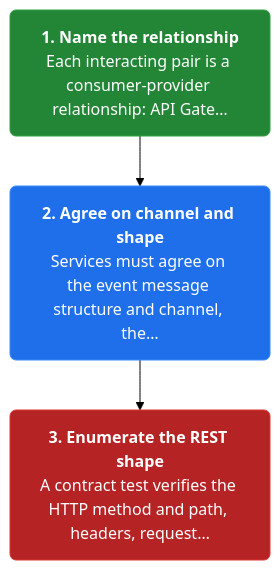
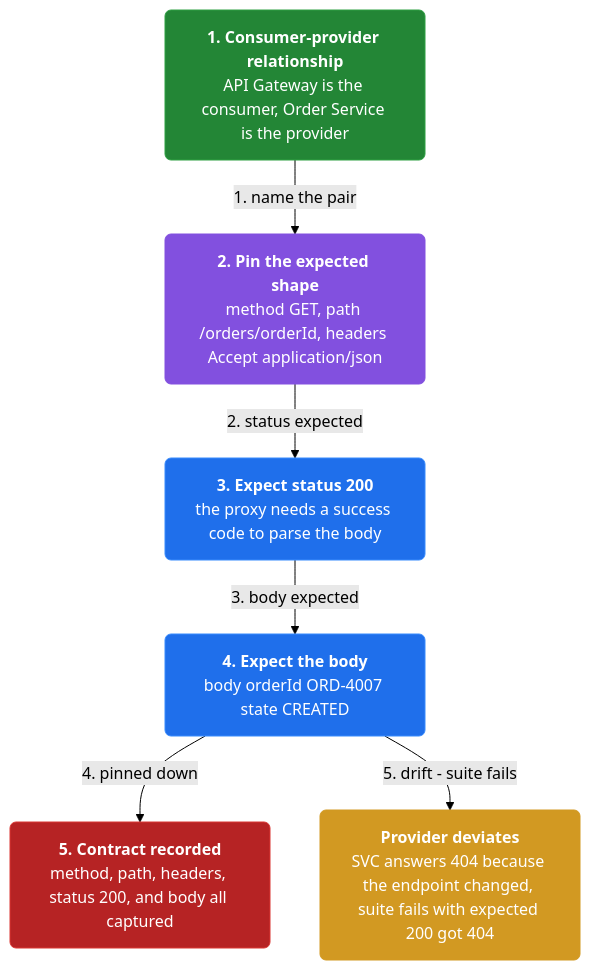
The first of 4 diagrams in docs/ch25-consumer-driven-contract-test.md (vinayakuber/microservices-io-study-guide), drawn with Mermaid (forest theme) before and after one commit. The commit also changed other lines of this file and 46 other files, not shown here.

First line of the commit message:
Author rich branching flow diagrams for all 44 chapters

````diff
--- a/docs/ch25-consumer-driven-contract-test.md
+++ b/docs/ch25-consumer-driven-contract-test.md
@@ -13,11 +13,19 @@
 ```mermaid
 flowchart TD
-  classDef step fill:#1f6feb,color:#ffffff,stroke:#388bfd,stroke-width:1px,rx:6
+  classDef step fill:#1f6feb,color:#ffffff,stroke:#388bfd,rx:6
+  classDef core fill:#8250df,color:#ffffff,stroke:#8250df,rx:6
+  classDef warn fill:#d29922,color:#ffffff,stroke:#d29922,rx:6
   classDef start fill:#238636,color:#ffffff,stroke:#2ea043,rx:6
   classDef stop fill:#b62324,color:#ffffff,stroke:#da3633,rx:6
-  s0n0["<b>1. Name the relationship</b><br/>Each interacting pair is a consumer-provider relationship: API Gate…"]:::start
-  s0n1["<b>2. Agree on channel and shape</b><br/>Services must agree on the event message structure and channel, the…"]:::step
-  s0n2["<b>3. Enumerate the REST shape</b><br/>A contract test verifies the HTTP method and path, headers, request…"]:::stop
-  s0n0 --> s0n1
-  s0n1 --> s0n2
+  n0["<b>1. Consumer-provider relationship</b><br/>API Gateway is the consumer, Order Service is the provider"]:::start
+  n1["<b>2. Pin the expected shape</b><br/>method GET, path /orders/orderId, headers Accept application/json"]:::core
+  n2["<b>3. Expect status 200</b><br/>the proxy needs a success code to parse the body"]:::step
+  n3["<b>4. Expect the body</b><br/>body orderId ORD-4007 state CREATED"]:::step
+  n4["<b>5. Contract recorded</b><br/>method, path, headers, status 200, and body all captured"]:::stop
+  n5["<b>Provider deviates</b><br/>SVC answers 404 because the endpoint changed, suite fails with expected 200 got 404"]:::warn
+  n0 -->|"1. name the pair"| n1
+  n1 -->|"2. status expected"| n2
+  n2 -->|"3. body expected"| n3
+  n3 -->|"4. pinned down"| n4
+  n3 -->|"5. drift - suite fails"| n5
 ```
````
